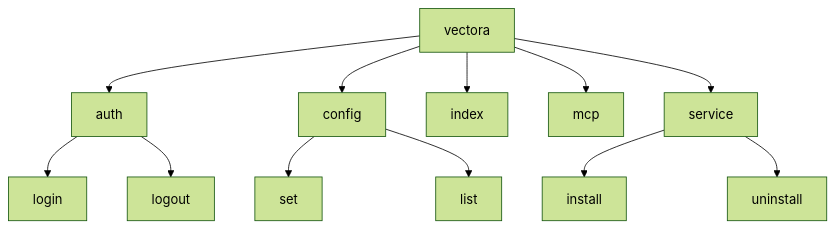
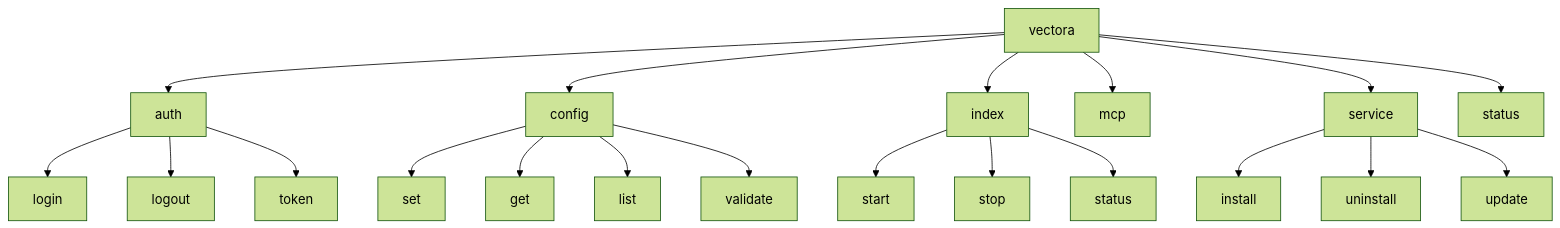
Before and after one commit to MachiTwo/MachiOnCoffee: the first of 2 diagrams in content/docs/vectora/implementation/cli-engine.md, drawn with Mermaid (forest theme). The commit also changed other lines of this file and 11 other files, not shown here.

````diff
--- a/content/docs/vectora/implementation/cli-engine.md
+++ b/content/docs/vectora/implementation/cli-engine.md
@@ -22,17 +23,26 @@
 ```mermaid
 graph TD
     Root[vectora] --> Auth[auth]
     Root --> Config[config]
     Root --> Index[index]
     Root --> MCP[mcp]
     Root --> Service[service]
+    Root --> Status[status]
 
     Auth --> Login[login]
     Auth --> Logout[logout]
+    Auth --> Token[token]
 
     Config --> Set[set]
+    Config --> Get[get]
     Config --> List[list]
+    Config --> Validate[validate]
+
+    Index --> Start[start]
+    Index --> Stop[stop]
+    Index --> Status2[status]
 
     Service --> Install[install]
     Service --> Uninstall[uninstall]
+    Service --> Update[update]
 ```
````
